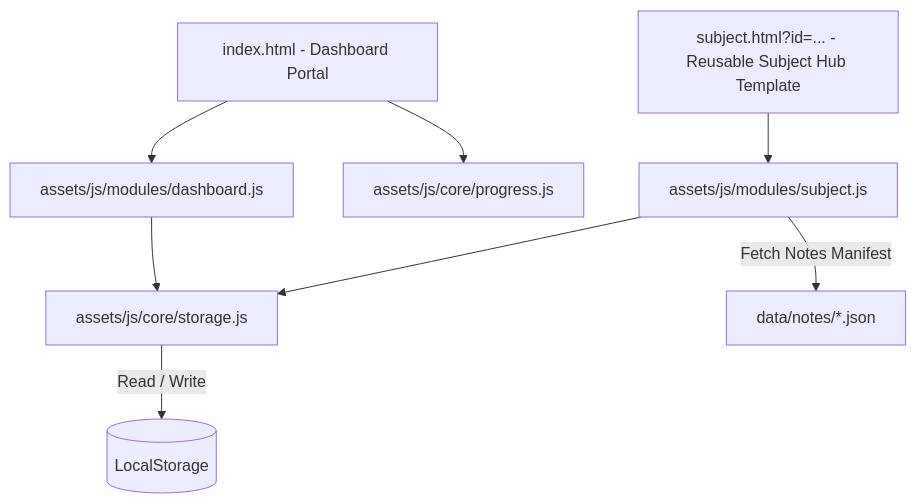
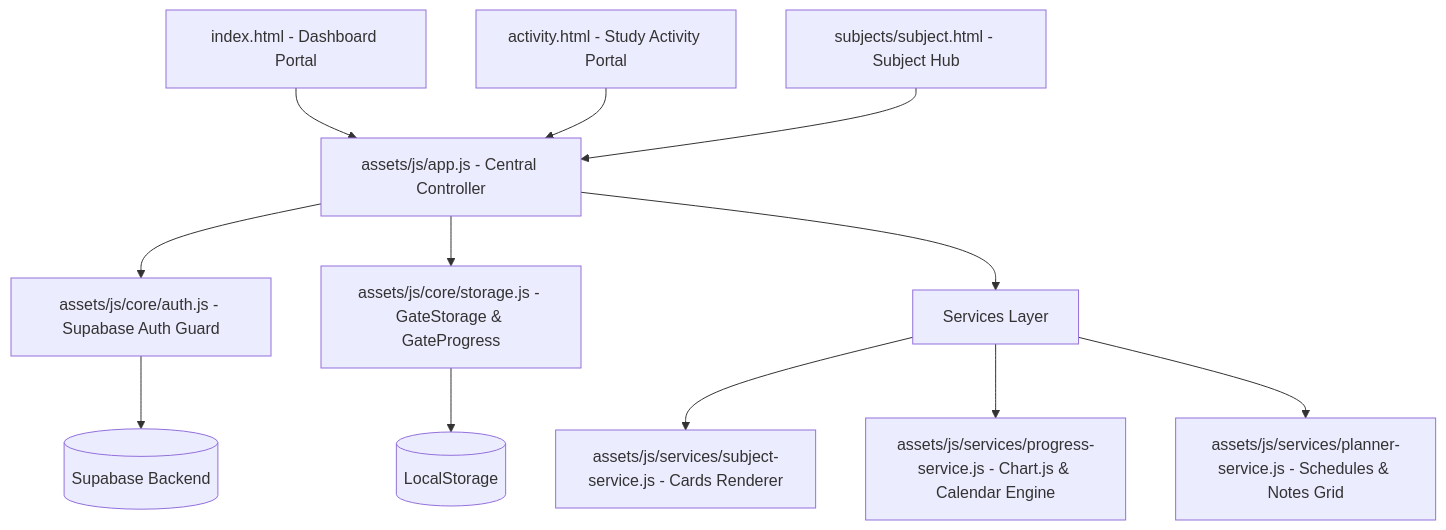
One commit to Hit-Damani/GATE changed the diagram in README.md. Above: the diagram before and after it, drawn with Mermaid. The commit also changed other lines of this file and 1 other file, not shown here.

````diff
--- a/README.md
+++ b/README.md
@@ -22,12 +22,21 @@
 ```mermaid
 graph TD
-    A[index.html - Dashboard Portal] --> B[assets/js/modules/dashboard.js]
-    A --> C[assets/js/core/progress.js]
-    B --> D[assets/js/core/storage.js]
+    %% Portals
+    A[index.html - Dashboard Portal] --> APP[assets/js/app.js - Central Controller]
+    ACT[activity.html - Study Activity Portal] --> APP
+    SUB[subjects/subject.html - Subject Hub] --> APP
     
-    E[subject.html?id=... - Reusable Subject Hub Template] --> F[assets/js/modules/subject.js]
-    F --> D
-    F -->|Fetch Notes Manifest| G[data/notes/*.json]
+    %% Config & Core Auth
+    APP --> AUTH[assets/js/core/auth.js - Supabase Auth Guard]
+    AUTH --> SUPA[(Supabase Backend)]
     
-    D -->|Read / Write| H[(LocalStorage)]
+    %% Data Flow
+    APP --> STORE[assets/js/core/storage.js - GateStorage & GateProgress]
+    STORE --> LOCAL[(LocalStorage)]
+    
+    %% Services
+    APP --> SVCS[Services Layer]
+    SVCS --> SUBSVC[assets/js/services/subject-service.js - Cards Renderer]
+    SVCS --> PROGSVC[assets/js/services/progress-service.js - Chart.js & Calendar Engine]
+    SVCS --> PLANSVC[assets/js/services/planner-service.js - Schedules & Notes Grid]
 ```
````
